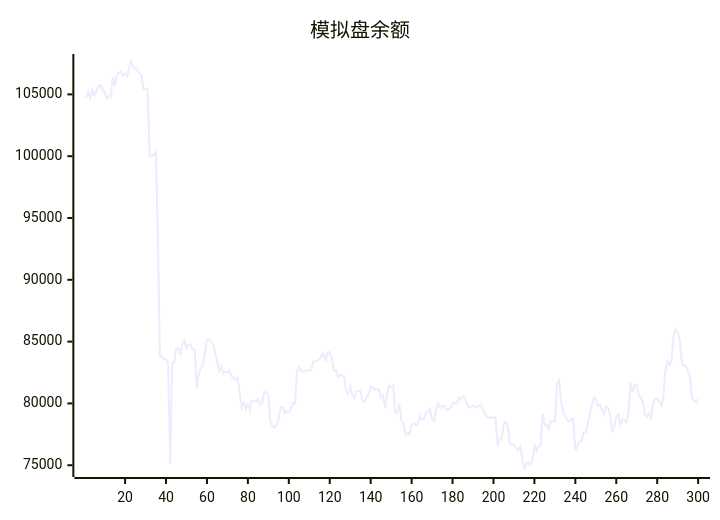
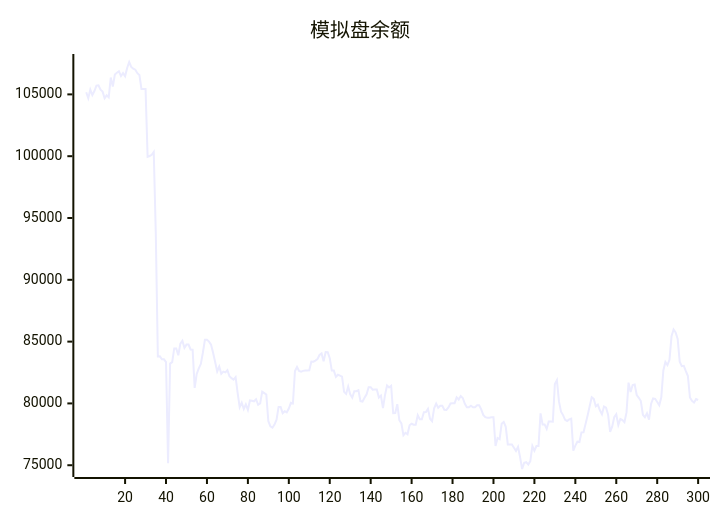
One commit to aahl/ai-trading changed the diagram in README.md. Above: the diagram before and after it, drawn with Mermaid. The commit also changed other lines of this file and 1 other file, not shown here.

````diff
--- a/README.md
+++ b/README.md
@@ -5,5 +5,5 @@
 ```mermaid
 xychart
     title "模拟盘余额"
-    line [104734,105169,104690,105380,104941,105272,105709,105739,105374,105227,104691,104924,104762,106364,105628,106608,106748,106872,106485,106721,106468,107132,107620,107224,107080,107001,106717,106567,105431,105431,105440,99950,100017,100113,100337,93749,83795,83807,83567,83567,83342,75168,83222,83336,84448,84449,83896,84839,85065,84499,84757,84757,84364,84347,81254,82385,82835,83184,84099,85150,85150,85002,84751,84096,83356,82582,82983,82404,82572,82512,82688,82200,82047,81920,82125,80840,79688,80060,79552,79920,79470,80236,80208,80170,80336,79894,80006,80954,80837,80712,78561,78139,78037,78293,78682,79720,79720,79214,79372,79279,79591,80046,79993,82625,82950,82626,82571,82633,82670,82670,82681,83386,83378,83464,83579,83920,84037,83402,84160,84142,83652,82655,82655,82145,82315,82243,82163,80934,80770,81371,80742,80468,80989,80989,81067,80191,80155,80450,80737,81309,81309,81106,81119,81119,80471,80631,79624,80670,81448,81290,81429,79212,79222,79940,78643,78380,77432,77623,77504,78235,78358,78284,78277,79048,78714,78714,79290,79308,79567,78763,78563,79603,79988,79652,79813,79813,79476,79469,79673,79995,80015,80015,80486,80314,80600,80436,79966,79689,79689,79819,79692,79692,79850,79850,79518,79071,78889,78850,78850,78878,78878,76554,77202,77103,78357,78510,78106,76678,76677,76672,76411,76159,76485,75656,74695,75197,75246,75052,75334,76564,76179,76553,76551,79196,78300,78300,77944,78531,78531,78521,81564,81884,80160,79335,79055,78675,78580,78708,78764,76179,76586,76902,76876,77658,77669,78346,79023,79769,80497,80366,79761,79896,79448,79126,79749,79658,79097,77695,78114,78888,79126,78249,78738,78653,78478,79271,81680,80923,81488,81527,80681,80455,80190,79084,78879,79193,78686,79954,80403,80374,80118,79848,80491,82665,83351,83098,83525,85430,85983,85737,85221,83378,83014,83043,82613,82216,80477,80208,80081,80348]
+    line [105169,104690,105380,104941,105272,105709,105739,105374,105227,104691,104924,104762,106364,105628,106608,106748,106872,106485,106721,106468,107132,107620,107224,107080,107001,106717,106567,105431,105431,105440,99950,100017,100113,100337,93749,83795,83807,83567,83567,83342,75168,83222,83336,84448,84449,83896,84839,85065,84499,84757,84757,84364,84347,81254,82385,82835,83184,84099,85150,85150,85002,84751,84096,83356,82582,82983,82404,82572,82512,82688,82200,82047,81920,82125,80840,79688,80060,79552,79920,79470,80236,80208,80170,80336,79894,80006,80954,80837,80712,78561,78139,78037,78293,78682,79720,79720,79214,79372,79279,79591,80046,79993,82625,82950,82626,82571,82633,82670,82670,82681,83386,83378,83464,83579,83920,84037,83402,84160,84142,83652,82655,82655,82145,82315,82243,82163,80934,80770,81371,80742,80468,80989,80989,81067,80191,80155,80450,80737,81309,81309,81106,81119,81119,80471,80631,79624,80670,81448,81290,81429,79212,79222,79940,78643,78380,77432,77623,77504,78235,78358,78284,78277,79048,78714,78714,79290,79308,79567,78763,78563,79603,79988,79652,79813,79813,79476,79469,79673,79995,80015,80015,80486,80314,80600,80436,79966,79689,79689,79819,79692,79692,79850,79850,79518,79071,78889,78850,78850,78878,78878,76554,77202,77103,78357,78510,78106,76678,76677,76672,76411,76159,76485,75656,74695,75197,75246,75052,75334,76564,76179,76553,76551,79196,78300,78300,77944,78531,78531,78521,81564,81884,80160,79335,79055,78675,78580,78708,78764,76179,76586,76902,76876,77658,77669,78346,79023,79769,80497,80366,79761,79896,79448,79126,79749,79658,79097,77695,78114,78888,79126,78249,78738,78653,78478,79271,81680,80923,81488,81527,80681,80455,80190,79084,78879,79193,78686,79954,80403,80374,80118,79848,80491,82665,83351,83098,83525,85430,85983,85737,85221,83378,83014,83043,82613,82216,80477,80208,80081,80348,80277]
 ```
````
